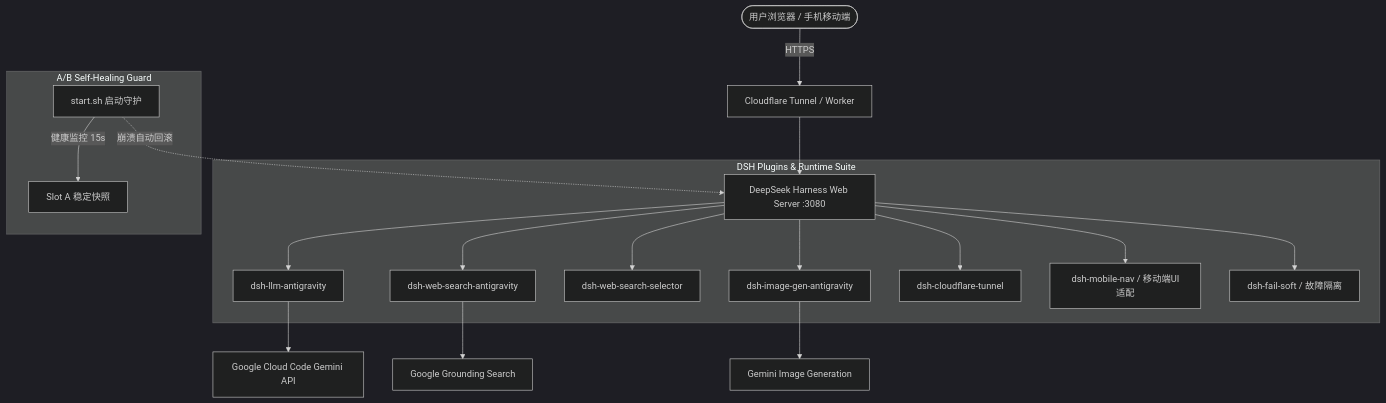
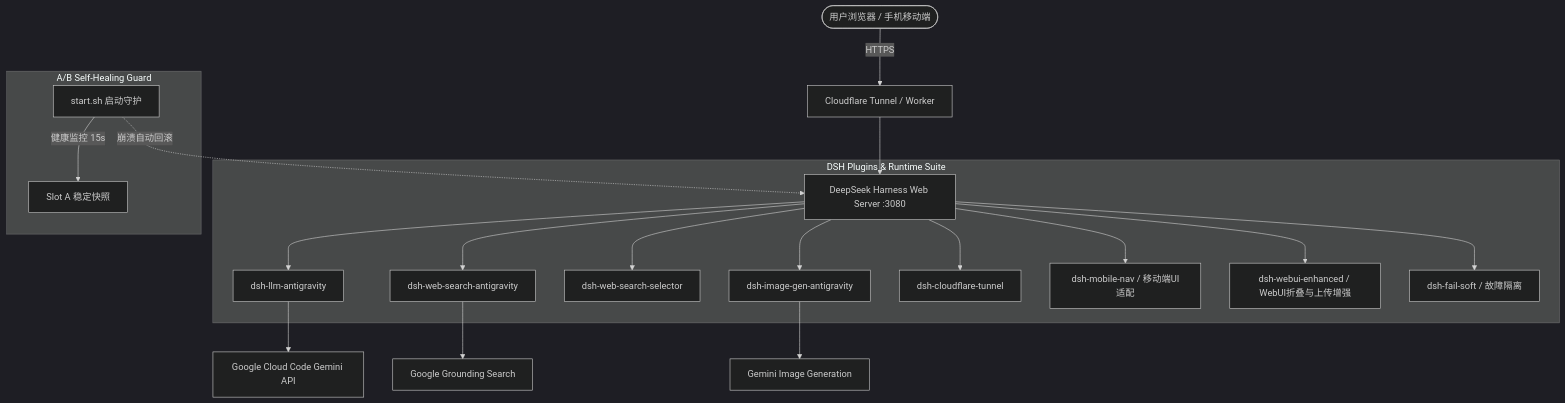
The diagram in README.md (sprains-totem/DSH-Antigravity-Action), drawn with Mermaid (dark theme) before and after one commit. The commit also changed other lines of this file and 6 other files, not shown here.

Commit message:
feat(plugins): add dsh-webui-enhanced plugin for thinking fold and upload subcards

````diff
--- a/README.md
+++ b/README.md
@@ -24,24 +24,25 @@
 ```mermaid
 graph TD
     User([用户浏览器 / 手机移动端]) -->|HTTPS| CF[Cloudflare Tunnel / Worker]
     CF --> DSH[DeepSeek Harness Web Server :3080]
     
     subgraph DSH Plugins & Runtime Suite
         DSH --> LLM[dsh-llm-antigravity]
         DSH --> Search[dsh-web-search-antigravity]
         DSH --> Selector[dsh-web-search-selector]
         DSH --> ImgGen[dsh-image-gen-antigravity]
         DSH --> Tunnel[dsh-cloudflare-tunnel]
         DSH --> Mobile[dsh-mobile-nav / 移动端UI适配]
+        DSH --> WebUIEnhanced[dsh-webui-enhanced / WebUI折叠与上传增强]
         DSH --> FailSoft[dsh-fail-soft / 故障隔离]
     end
     
     subgraph A/B Self-Healing Guard
         Start[start.sh 启动守护] -->|健康监控 15s| SlotA[Slot A 稳定快照]
         Start -.->|崩溃自动回滚| DSH
     end
     
     LLM --> GoogleGCC[Google Cloud Code Gemini API]
     Search --> GoogleSearch[Google Grounding Search]
     ImgGen --> GoogleImage[Gemini Image Generation]
 ```
````
